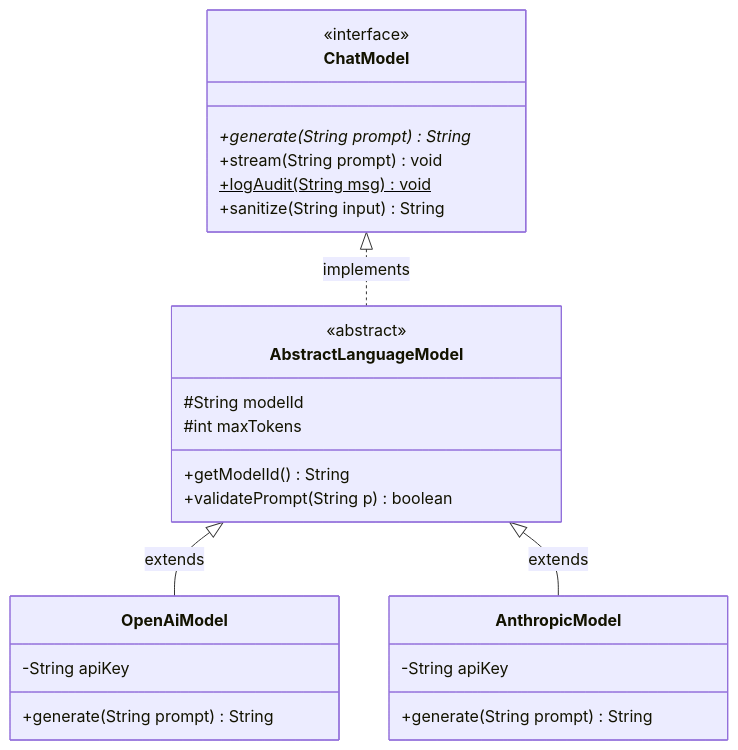
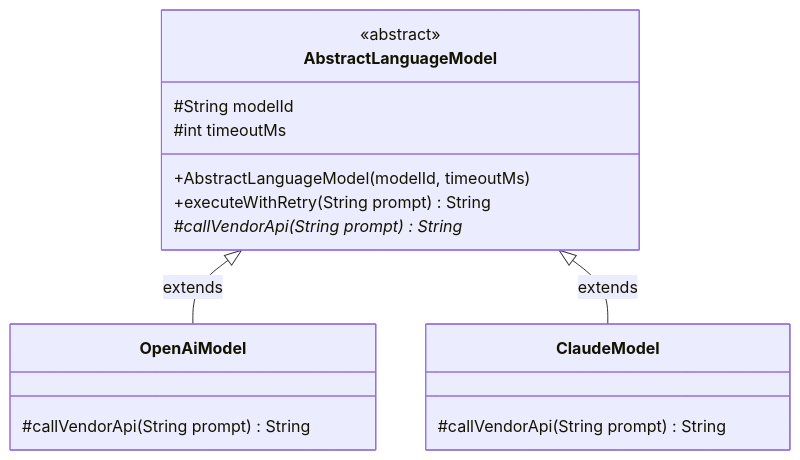
Before and after one commit to SrinuRenangi/Gen-AI-Java: the third of 6 diagrams in Phase_01_Java_Foundations/Day_03_Inheritance_Interfaces_Polymorphism/Day_03_Inheritance_Interfaces_Polymorphism.md, drawn with Mermaid. The commit also changed other lines of this file and 1 other file, not shown here.

````diff
--- a/Phase_01_Java_Foundations/Day_03_Inheritance_Interfaces_Polymorphism/Day_03_Inheritance_Interfaces_Polymorphism.md
+++ b/Phase_01_Java_Foundations/Day_03_Inheritance_Interfaces_Polymorphism/Day_03_Inheritance_Interfaces_Polymorphism.md
@@ -166,32 +325,19 @@
 ```mermaid
 classDiagram
-    class ChatModel {
-        <<interface>>
-        +generate(String prompt)* String
-        +stream(String prompt) void
-        +logAudit(String msg)$ void
-        +sanitize(String input) String
-    }
-
     class AbstractLanguageModel {
         <<abstract>>
         #String modelId
-        #int maxTokens
-        +getModelId() String
-        +validatePrompt(String p) boolean
+        #int timeoutMs
+        +AbstractLanguageModel(modelId, timeoutMs)
+        +executeWithRetry(String prompt) String
+        #callVendorApi(String prompt)* String
     }
-
     class OpenAiModel {
-        -String apiKey
-        +generate(String prompt) String
+        #callVendorApi(String prompt) String
     }
-
-    class AnthropicModel {
-        -String apiKey
-        +generate(String prompt) String
+    class ClaudeModel {
+        #callVendorApi(String prompt) String
     }
-
-    ChatModel <|.. AbstractLanguageModel : implements
     AbstractLanguageModel <|-- OpenAiModel : extends
-    AbstractLanguageModel <|-- AnthropicModel : extends
+    AbstractLanguageModel <|-- ClaudeModel : extends
 ```
````
